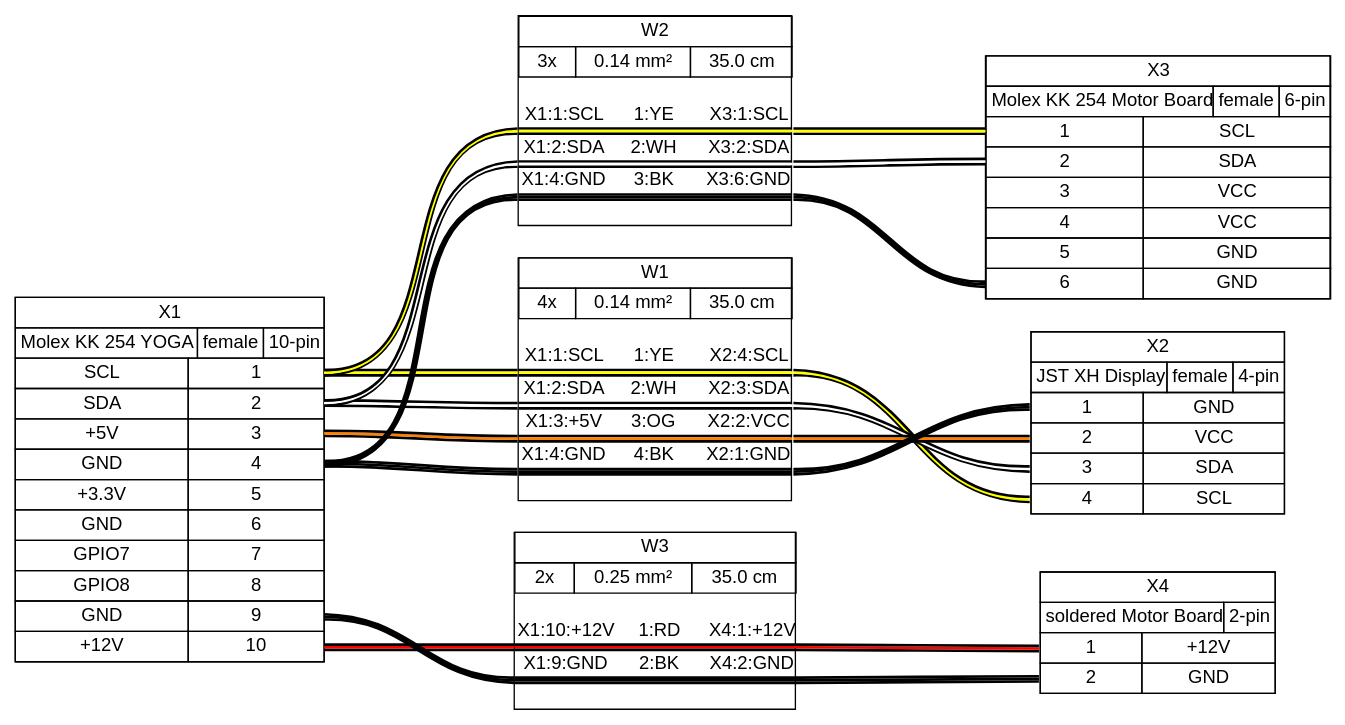
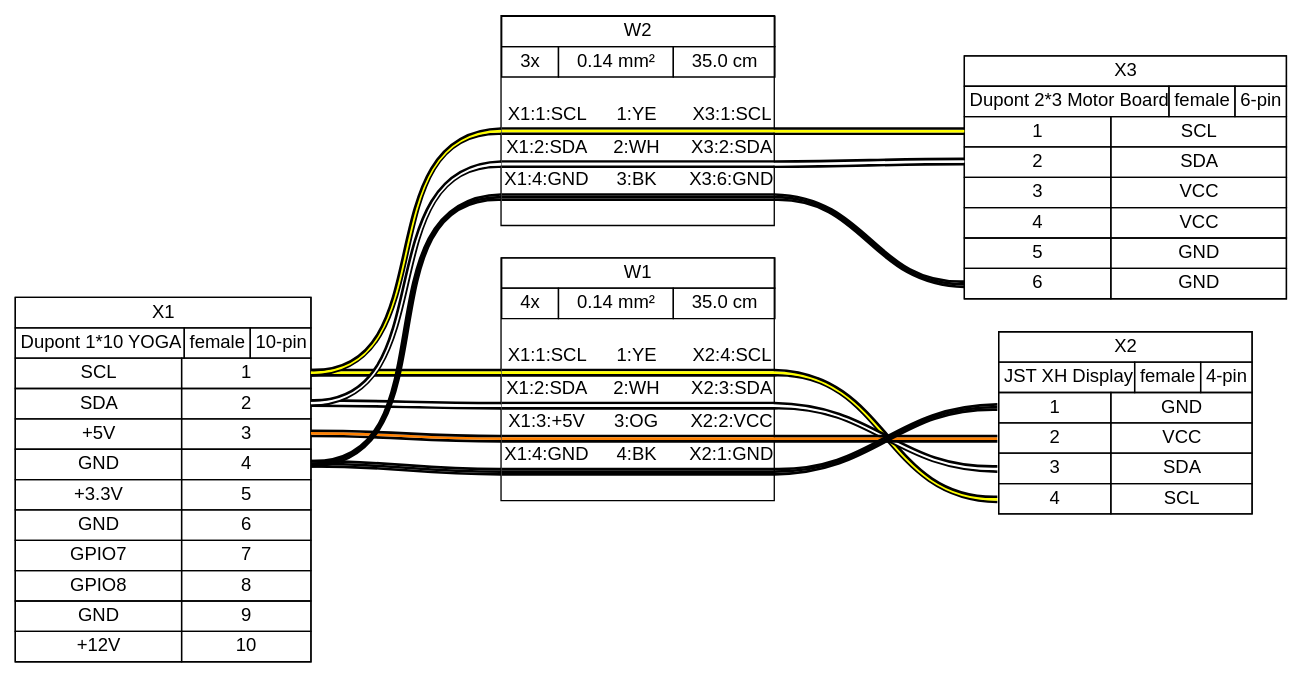
Before and after one commit to mschwingen/hardware: the diagram in YOGA_GPIB/Doc/expansion-conn.gv, drawn with Graphviz. The commit also changed 19 other files, not shown here.

```diff
--- a/YOGA_GPIB/Doc/expansion-conn.gv
+++ b/YOGA_GPIB/Doc/expansion-conn.gv
@@ -13,7 +13,7 @@
  </td></tr>
  <tr><td>
   <table border="0" cellspacing="0" cellpadding="3" cellborder="1"><tr>
-   <td balign="left">Molex KK 254 YOGA</td>
+   <td balign="left">Dupont 1*10 YOGA</td>
    <td balign="left">female</td>
    <td balign="left">10-pin</td>
   </tr></table>
@@ -109,7 +109,7 @@
  </td></tr>
  <tr><td>
   <table border="0" cellspacing="0" cellpadding="3" cellborder="1"><tr>
-   <td balign="left">Molex KK 254 Motor Board</td>
+   <td balign="left">Dupont 2*3 Motor Board</td>
    <td balign="left">female</td>
    <td balign="left">6-pin</td>
   </tr></table>
@@ -138,33 +138,6 @@
    </tr>
    <tr>
     <td port="p6l">6</td>
-    <td>GND</td>
-   </tr>
-  </table>
- </td></tr>
-</table>
-> fillcolor="#FFFFFF" shape=box style=filled]
-	X4 [label=<
-<table border="0" cellspacing="0" cellpadding="0">
- <tr><td>
-  <table border="0" cellspacing="0" cellpadding="3" cellborder="1"><tr>
-   <td balign="left">X4</td>
-  </tr></table>
- </td></tr>
- <tr><td>
-  <table border="0" cellspacing="0" cellpadding="3" cellborder="1"><tr>
-   <td balign="left">soldered Motor Board</td>
-   <td balign="left">2-pin</td>
-  </tr></table>
- </td></tr>
- <tr><td>
-  <table border="0" cellspacing="0" cellpadding="3" cellborder="1">
-   <tr>
-    <td port="p1l">1</td>
-    <td>+12V</td>
-   </tr>
-   <tr>
-    <td port="p2l">2</td>
     <td>GND</td>
    </tr>
   </table>
@@ -348,64 +321,4 @@
  </td></tr>
 </table>
 > fillcolor="#FFFFFF" shape=box style=filled]
-	edge [color="#000000:#ff0000:#000000"]
-	X1:p10r:e -- W3:w1:w
-	W3:w1:e -- X4:p1l:w
-	edge [color="#000000:#000000:#000000"]
-	X1:p9r:e -- W3:w2:w
-	W3:w2:e -- X4:p2l:w
-	W3 [label=<
-<table border="0" cellspacing="0" cellpadding="0">
- <tr><td>
-  <table border="0" cellspacing="0" cellpadding="3" cellborder="1"><tr>
-   <td balign="left">W3</td>
-  </tr></table>
- </td></tr>
- <tr><td>
-  <table border="0" cellspacing="0" cellpadding="3" cellborder="1"><tr>
-   <td balign="left">2x</td>
-   <td balign="left">0.25 mm²</td>
-   <td balign="left">35.0 cm</td>
-  </tr></table>
- </td></tr>
- <tr><td>
-  <table border="0" cellspacing="0" cellborder="0">
-   <tr><td>&nbsp;</td></tr>
-   <tr>
-    <td>X1:10:+12V</td>
-    <td>
-     1:RD
-    </td>
-    <td>X4:1:+12V</td>
-   </tr>
-   <tr>
-    <td colspan="3" border="0" cellspacing="0" cellpadding="0" port="w1" height="6">
-     <table cellspacing="0" cellborder="0" border="0">
-      <tr><td colspan="3" cellpadding="0" height="2" bgcolor="#000000" border="0"></td></tr>
-      <tr><td colspan="3" cellpadding="0" height="2" bgcolor="#ff0000" border="0"></td></tr>
-      <tr><td colspan="3" cellpadding="0" height="2" bgcolor="#000000" border="0"></td></tr>
-     </table>
-    </td>
-   </tr>
-   <tr>
-    <td>X1:9:GND</td>
-    <td>
-     2:BK
-    </td>
-    <td>X4:2:GND</td>
-   </tr>
-   <tr>
-    <td colspan="3" border="0" cellspacing="0" cellpadding="0" port="w2" height="6">
-     <table cellspacing="0" cellborder="0" border="0">
-      <tr><td colspan="3" cellpadding="0" height="2" bgcolor="#000000" border="0"></td></tr>
-      <tr><td colspan="3" cellpadding="0" height="2" bgcolor="#000000" border="0"></td></tr>
-      <tr><td colspan="3" cellpadding="0" height="2" bgcolor="#000000" border="0"></td></tr>
-     </table>
-    </td>
-   </tr>
-   <tr><td>&nbsp;</td></tr>
-  </table>
- </td></tr>
-</table>
-> fillcolor="#FFFFFF" shape=box style=filled]
 }
```
